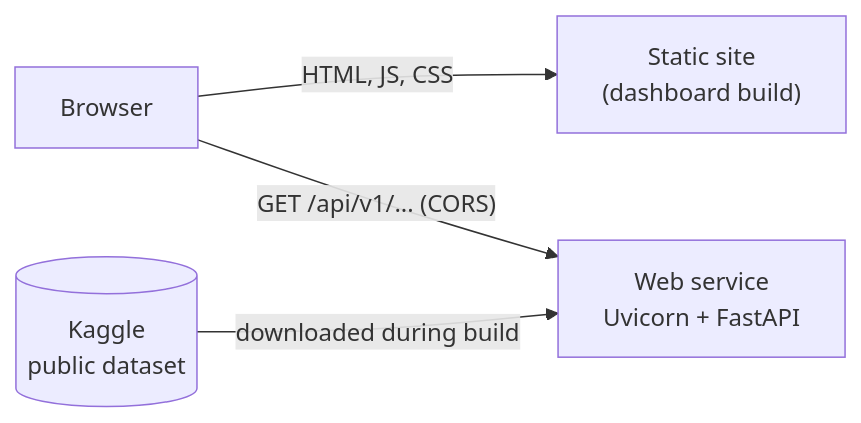
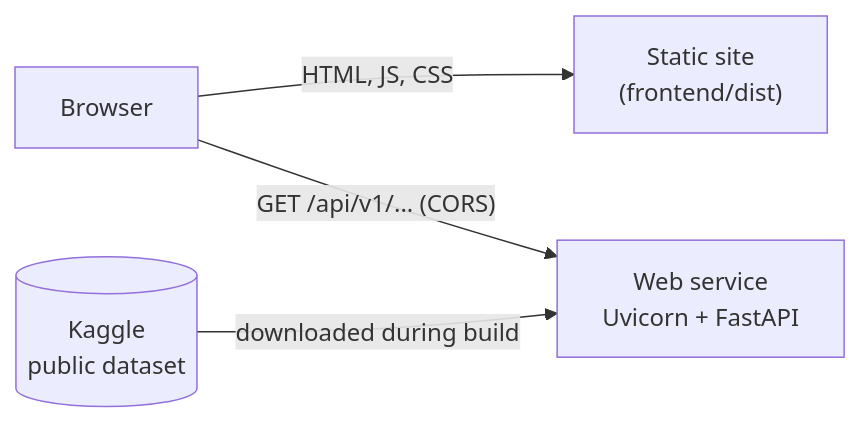
One commit to SwomBR/OpsIQ changed the eighth of 8 diagrams in docs/ARCHITECTURE.md. Above: the diagram before and after it, drawn with Mermaid. The commit also changed other lines of this file and 10 other files, not shown here.

````diff
--- a/docs/ARCHITECTURE.md
+++ b/docs/ARCHITECTURE.md
@@ -192,6 +369,6 @@
 ```mermaid
 flowchart LR
-    U["Browser"] -- "HTML, JS, CSS" --> S["Static site<br/>(dashboard build)"]
+    U["Browser"] -- "HTML, JS, CSS" --> S["Static site<br/>(frontend/dist)"]
     U -- "GET /api/v1/... (CORS)" --> A["Web service<br/>Uvicorn + FastAPI"]
     K[("Kaggle<br/>public dataset")] -- "downloaded during build" --> A
 ```
````
